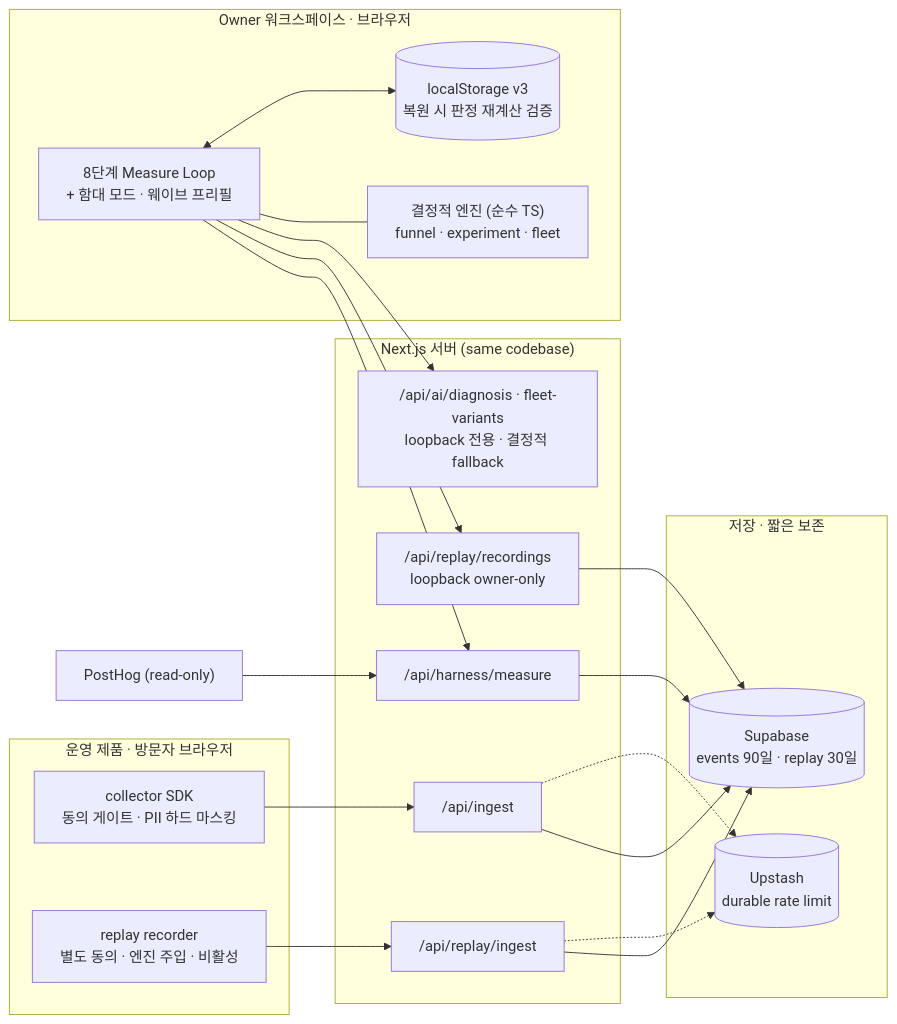
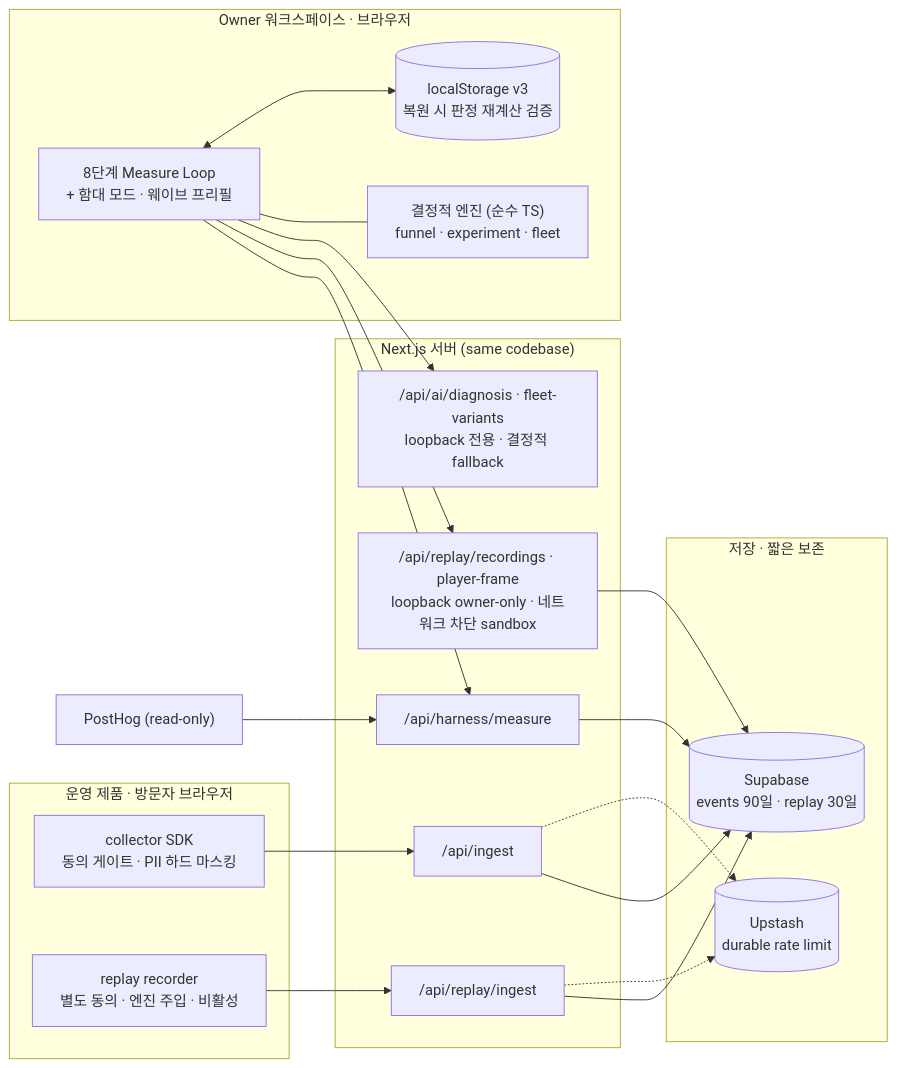
Before and after one commit to Power-xc/ux-measure-lab: the second of 2 diagrams in README.md, drawn with Mermaid. The commit also changed other lines of this file and 6 other files, not shown here.

````diff
--- a/README.md
+++ b/README.md
@@ -226,34 +226,34 @@
 ```mermaid
 flowchart LR
   subgraph Visitor["운영 제품 · 방문자 브라우저"]
     SDK["collector SDK<br/>동의 게이트 · PII 하드 마스킹"]
     REC["replay recorder<br/>별도 동의 · 엔진 주입 · 비활성"]
   end
   subgraph API["Next.js 서버 (same codebase)"]
     ING["/api/ingest"]
     RING["/api/replay/ingest"]
     MEAS["/api/harness/measure"]
-    RREAD["/api/replay/recordings<br/>loopback owner-only"]
+    RREAD["/api/replay/recordings · player-frame<br/>loopback owner-only · 네트워크 차단 sandbox"]
     AIR["/api/ai/diagnosis · fleet-variants<br/>loopback 전용 · 결정적 fallback"]
   end
   subgraph Store["저장 · 짧은 보존"]
     SB[("Supabase<br/>events 90일 · replay 30일")]
     UP[("Upstash<br/>durable rate limit")]
   end
   subgraph Owner["Owner 워크스페이스 · 브라우저"]
     WS["8단계 Measure Loop<br/>+ 함대 모드 · 웨이브 프리필"]
     ENG["결정적 엔진 (순수 TS)<br/>funnel · experiment · fleet"]
     LS[("localStorage v3<br/>복원 시 판정 재계산 검증")]
   end
   PH["PostHog (read-only)"]
   SDK --> ING --> SB
   REC --> RING --> SB
   ING -.-> UP
   RING -.-> UP
   WS --> MEAS --> SB
   PH --> MEAS
   WS --> RREAD --> SB
   WS --> AIR
   WS --- ENG
   WS <--> LS
 ```
````
